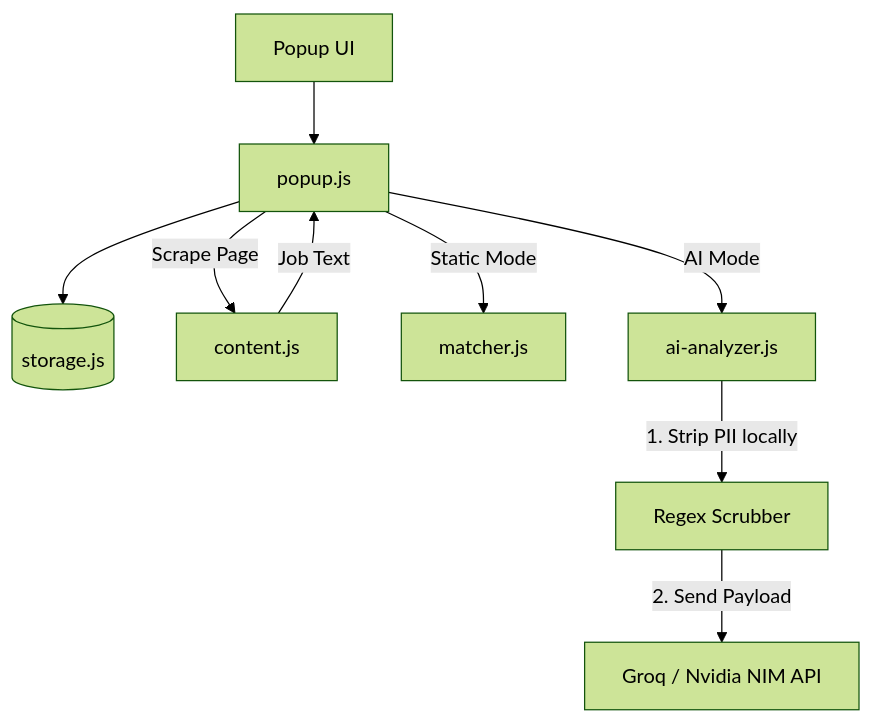
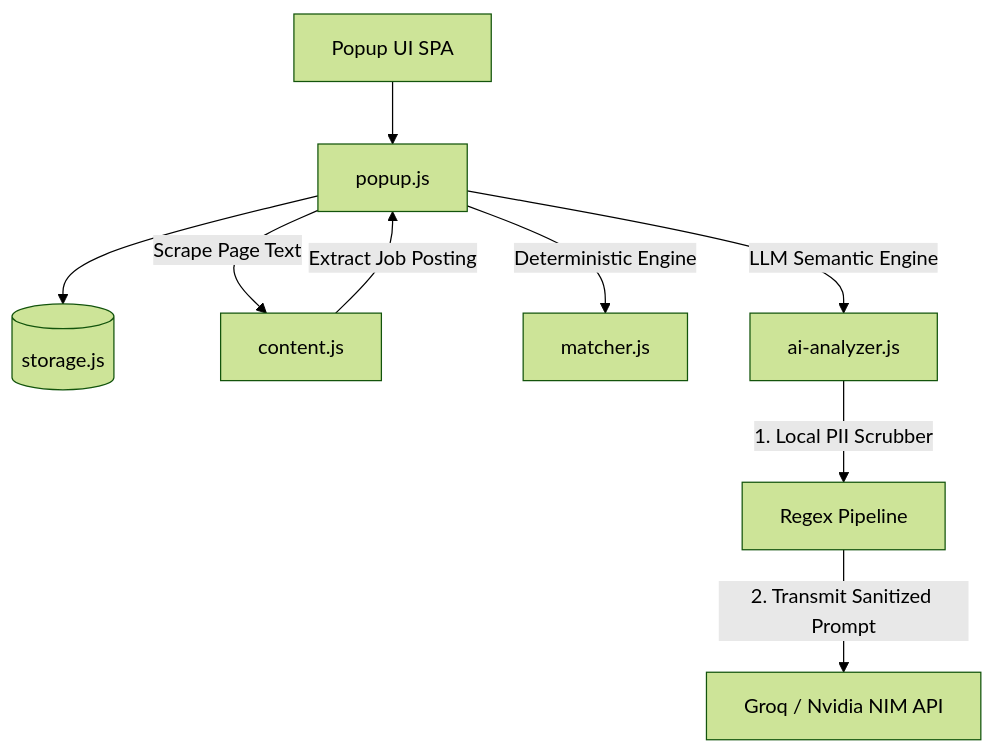
One commit to sivaprasathm93/resume-match-score changed the diagram in README.md. Above: the diagram before and after it, drawn with Mermaid (forest theme). The commit also changed other lines of this file, not shown here.

````diff
--- a/README.md
+++ b/README.md
@@ -51,14 +54,14 @@
 ```mermaid
 graph TD
-    UI[Popup UI] --> Controller[popup.js]
+    UI[Popup UI SPA] --> Controller[popup.js]
     Controller --> LocalStorage[(storage.js)]
     
-    Controller -- "Scrape Page" --> ContentScript[content.js]
-    ContentScript -- "Job Text" --> Controller
+    Controller -- "Scrape Page Text" --> ContentScript[content.js]
+    ContentScript -- "Extract Job Posting" --> Controller
     
-    Controller -- "Static Mode" --> StaticMatcher[matcher.js]
-    Controller -- "AI Mode" --> AIAnalyzer[ai-analyzer.js]
+    Controller -- "Deterministic Engine" --> StaticMatcher[matcher.js]
+    Controller -- "LLM Semantic Engine" --> AIAnalyzer[ai-analyzer.js]
     
-    AIAnalyzer -- "1. Strip PII locally" --> Sanitizer[Regex Scrubber]
-    Sanitizer -- "2. Send Payload" --> LLMAPI[Groq / Nvidia NIM API]
+    AIAnalyzer -- "1. Local PII Scrubber" --> Sanitizer[Regex Pipeline]
+    Sanitizer -- "2. Transmit Sanitized Prompt" --> LLMAPI[Groq / Nvidia NIM API]
 ```
````
